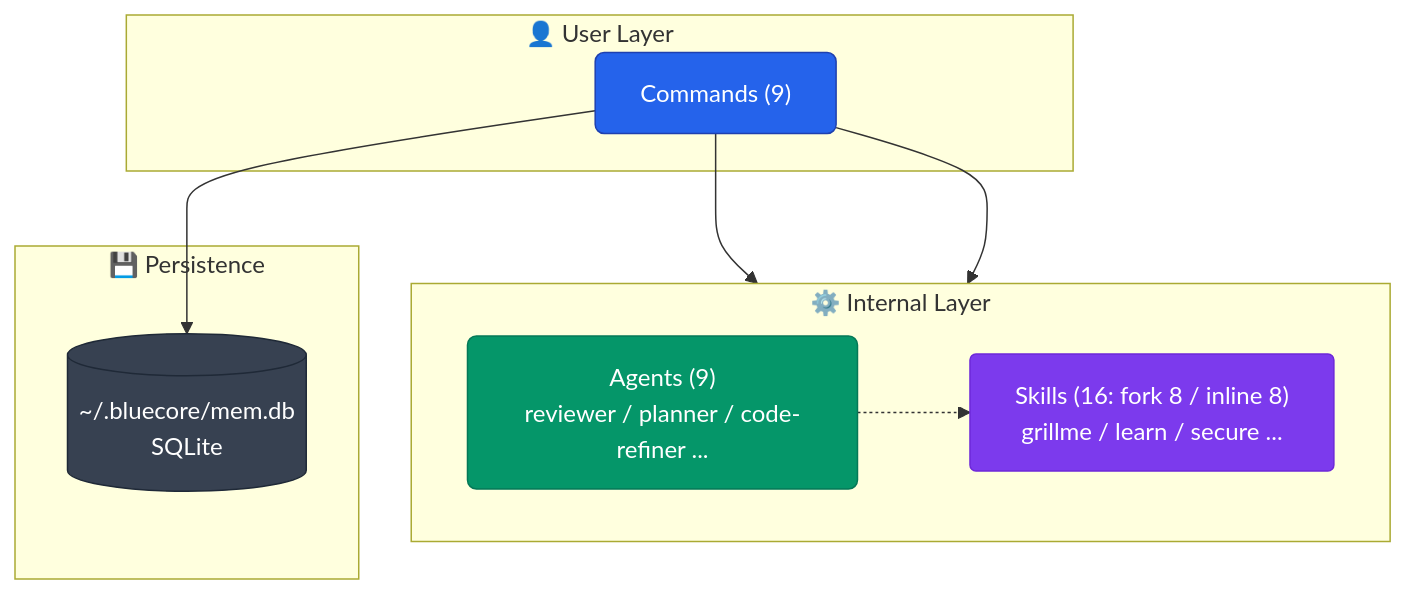
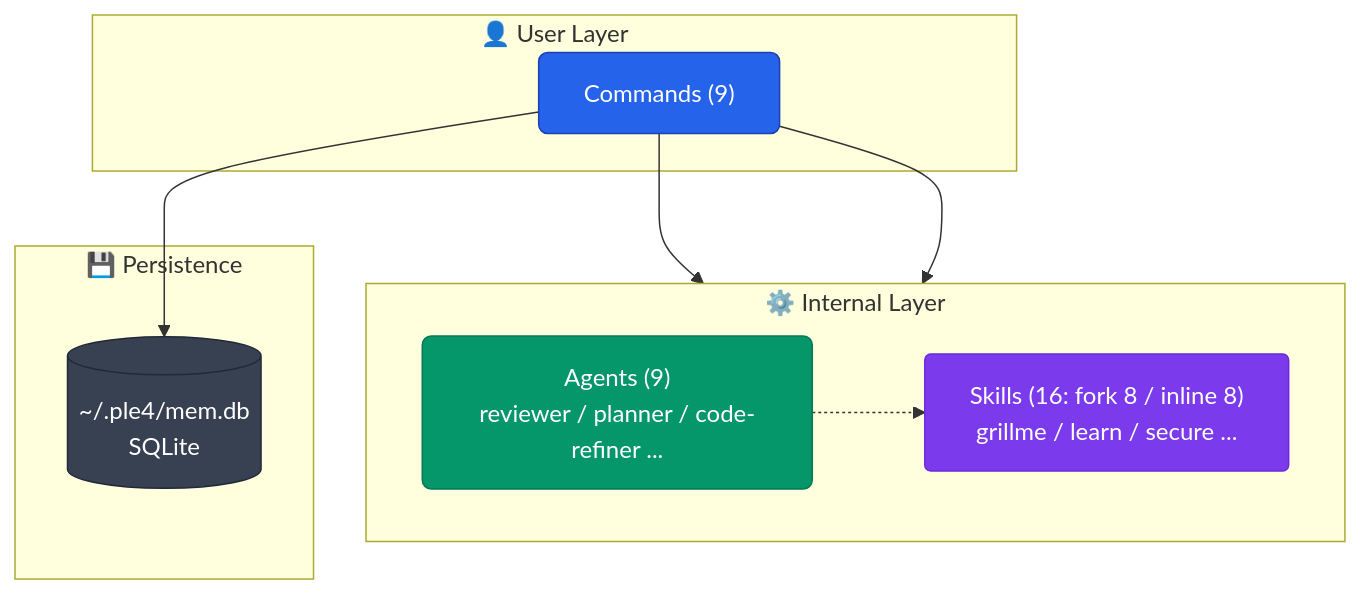
One commit to aokumablue/claq changed diagram 12 of 12 in README.md. Above: the diagram before and after it, drawn with Mermaid. The commit also changed other lines of this file and 307 other files, not shown here.

````diff
--- a/README.md
+++ b/README.md
@@ -520,26 +520,26 @@
 ```mermaid
 flowchart TB
   classDef cmd    fill:#2563eb,stroke:#1e40af,color:#fff,rx:6
   classDef agent  fill:#059669,stroke:#047857,color:#fff,rx:6
   classDef skill  fill:#7c3aed,stroke:#6d28d9,color:#fff,rx:4
   classDef store  fill:#374151,stroke:#1f2937,color:#fff,rx:4
 
   subgraph user["👤 User Layer"]
     CMD["Commands (9)"]:::cmd
   end
 
   subgraph internal["⚙️ Internal Layer"]
     direction LR
     AGT["Agents (9)<br/>reviewer / planner / code-refiner ..."]:::agent
     SKL["Skills (16: fork 8 / inline 8)<br/>grillme / learn / secure ..."]:::skill
   end
 
   subgraph persistence["💾 Persistence"]
-    DB[("~/.bluecore/mem.db<br/>SQLite")]:::store
+    DB[("~/.ple4/mem.db<br/>SQLite")]:::store
   end
 
   CMD --> AGT
   CMD --> SKL
   AGT -.-> SKL
   CMD --> DB
 ```
````
